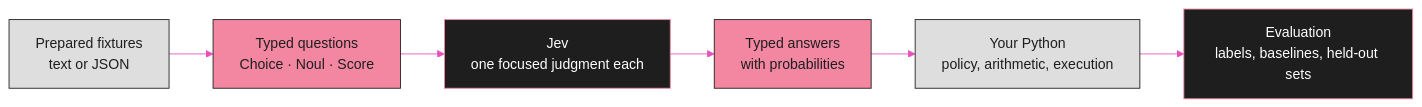
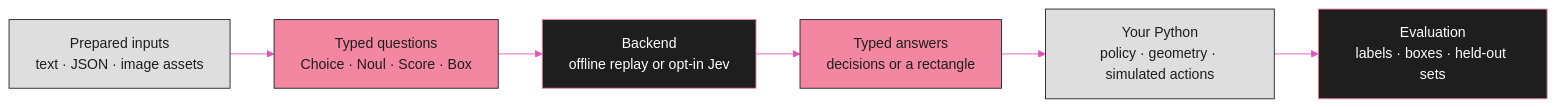
The diagram in README.md (Jev-Engineering/cookbook), drawn with Mermaid before and after one commit. The commit also changed other lines of this file and 2 other files, not shown here.

````diff
--- a/README.md
+++ b/README.md
@@ -57,12 +62,12 @@
 ```mermaid
 %%{init: {'theme': 'base', 'themeVariables': {'lineColor': '#E551BA'}}}%%
 flowchart LR
-    F["Prepared fixtures<br/>text or JSON"]:::panel --> Q["Typed questions<br/>Choice · Noul · Score"]:::pink
-    Q --> J["Jev<br/>one focused judgment each"]:::ink
-    J --> A["Typed answers<br/>with probabilities"]:::pink
-    A --> P["Your Python<br/>policy, arithmetic, execution"]:::panel
-    P --> E["Evaluation<br/>labels, baselines, held-out sets"]:::ink
+    F["Prepared inputs<br/>text · JSON · image assets"]:::panel --> Q["Typed questions<br/>Choice · Noul · Score · Box"]:::pink
+    Q --> J["Backend<br/>offline replay or opt-in Jev"]:::ink
+    J --> A["Typed answers<br/>decisions or a rectangle"]:::pink
+    A --> P["Your Python<br/>policy · geometry · simulated actions"]:::panel
+    P --> E["Evaluation<br/>labels · boxes · held-out sets"]:::ink
     classDef ink fill:#1E1E1E,stroke:#F386A1,color:#FEFEFE
     classDef pink fill:#F386A1,stroke:#1E1E1E,color:#1E1E1E
     classDef panel fill:#DEDEDE,stroke:#1E1E1E,color:#1E1E1E
 ```
````
